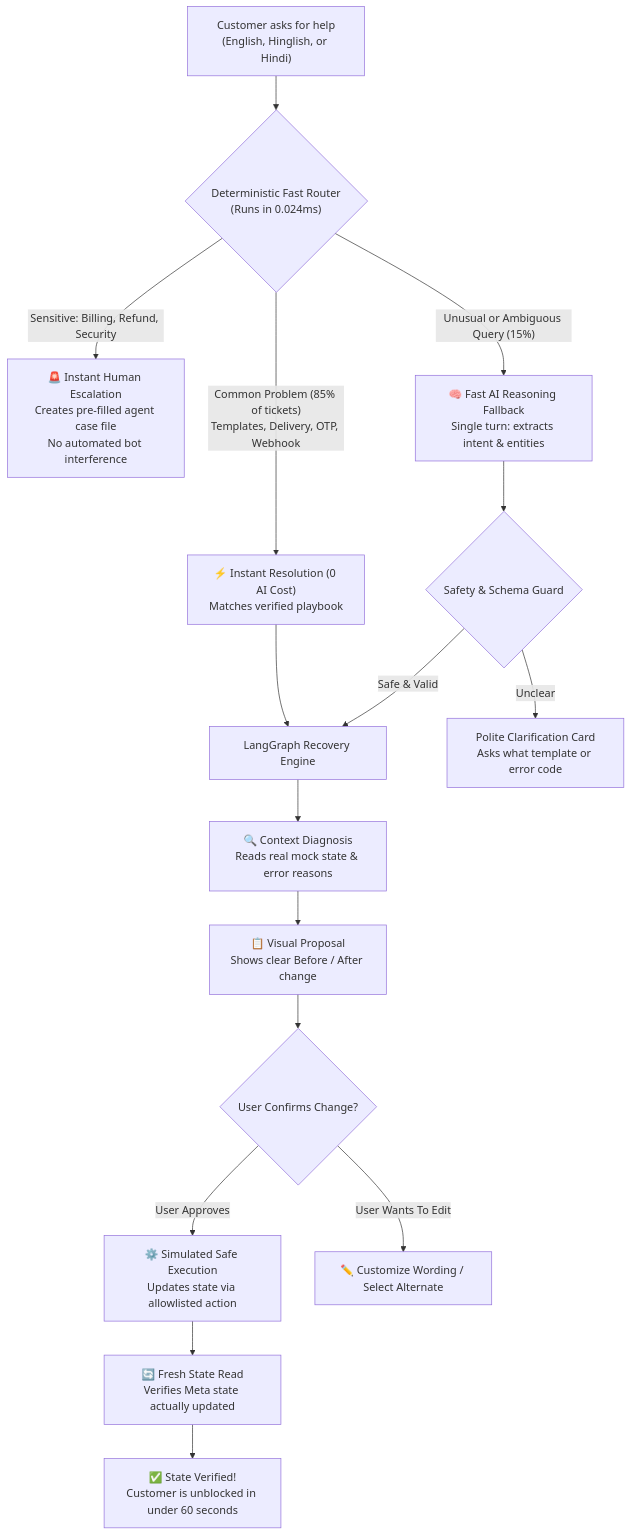
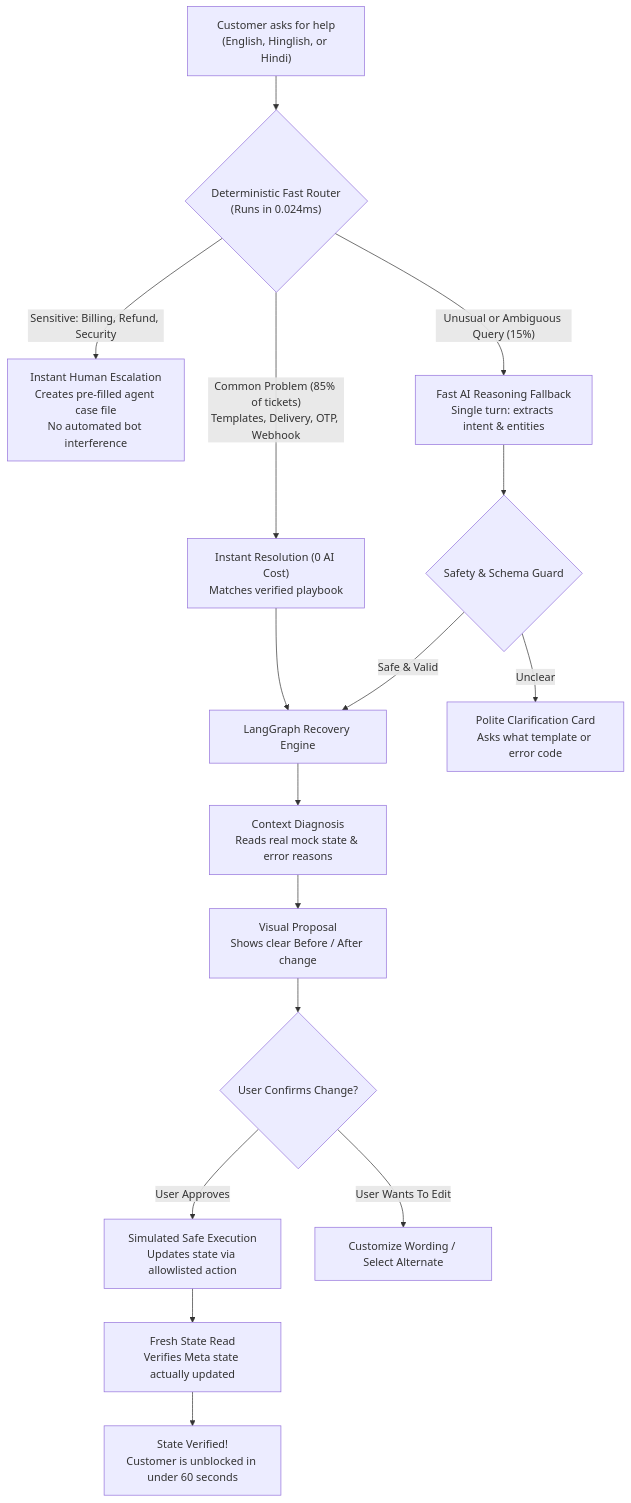
The diagram in README.md (AdityaP700/Totoro), drawn with Mermaid before and after one commit. The commit also changed other lines of this file, not shown here.

````diff
--- a/README.md
+++ b/README.md
@@ -65,24 +65,24 @@
 ```mermaid
 flowchart TD
     Customer["Customer asks for help\n(English, Hinglish, or Hindi)"] --> Router{"Deterministic Fast Router\n(Runs in 0.024ms)"}
 
-    Router -->|"Sensitive: Billing, Refund, Security"| Human["🚨 Instant Human Escalation\nCreates pre-filled agent case file\nNo automated bot interference"]
-    Router -->|"Common Problem (85% of tickets)\nTemplates, Delivery, OTP, Webhook"| FastAction["⚡ Instant Resolution (0 AI Cost)\nMatches verified playbook"]
-    Router -->|"Unusual or Ambiguous Query (15%)"| SmartAI["🧠 Fast AI Reasoning Fallback\nSingle turn: extracts intent & entities"]
+    Router -->|"Sensitive: Billing, Refund, Security"| Human["Instant Human Escalation\nCreates pre-filled agent case file\nNo automated bot interference"]
+    Router -->|"Common Problem (85% of tickets)\nTemplates, Delivery, OTP, Webhook"| FastAction["Instant Resolution (0 AI Cost)\nMatches verified playbook"]
+    Router -->|"Unusual or Ambiguous Query (15%)"| SmartAI["Fast AI Reasoning Fallback\nSingle turn: extracts intent & entities"]
 
     SmartAI --> Validate{"Safety & Schema Guard"}
     Validate -->|"Safe & Valid"| Engine["LangGraph Recovery Engine"]
     Validate -->|"Unclear"| Clarify["Polite Clarification Card\nAsks what template or error code"]
 
     FastAction --> Engine
 
-    Engine --> Diagnosis["🔍 Context Diagnosis\nReads real mock state & error reasons"]
-    Diagnosis --> DiffProposal["📋 Visual Proposal\nShows clear Before / After change"]
+    Engine --> Diagnosis["Context Diagnosis\nReads real mock state & error reasons"]
+    Diagnosis --> DiffProposal["Visual Proposal\nShows clear Before / After change"]
     DiffProposal --> Confirm{"User Confirms Change?"}
 
-    Confirm -->|"User Approves"| ApplyFix["⚙️ Simulated Safe Execution\nUpdates state via allowlisted action"]
-    Confirm -->|"User Wants To Edit"| EditOption["✏️ Customize Wording / Select Alternate"]
+    Confirm -->|"User Approves"| ApplyFix["Simulated Safe Execution\nUpdates state via allowlisted action"]
+    Confirm -->|"User Wants To Edit"| EditOption["Customize Wording / Select Alternate"]
 
-    ApplyFix --> FreshRead["🔄 Fresh State Read\nVerifies Meta state actually updated"]
-    FreshRead --> Success["✅ State Verified!\nCustomer is unblocked in under 60 seconds"]
+    ApplyFix --> FreshRead["Fresh State Read\nVerifies Meta state actually updated"]
+    FreshRead --> Success["State Verified!\nCustomer is unblocked in under 60 seconds"]
 ```
````
